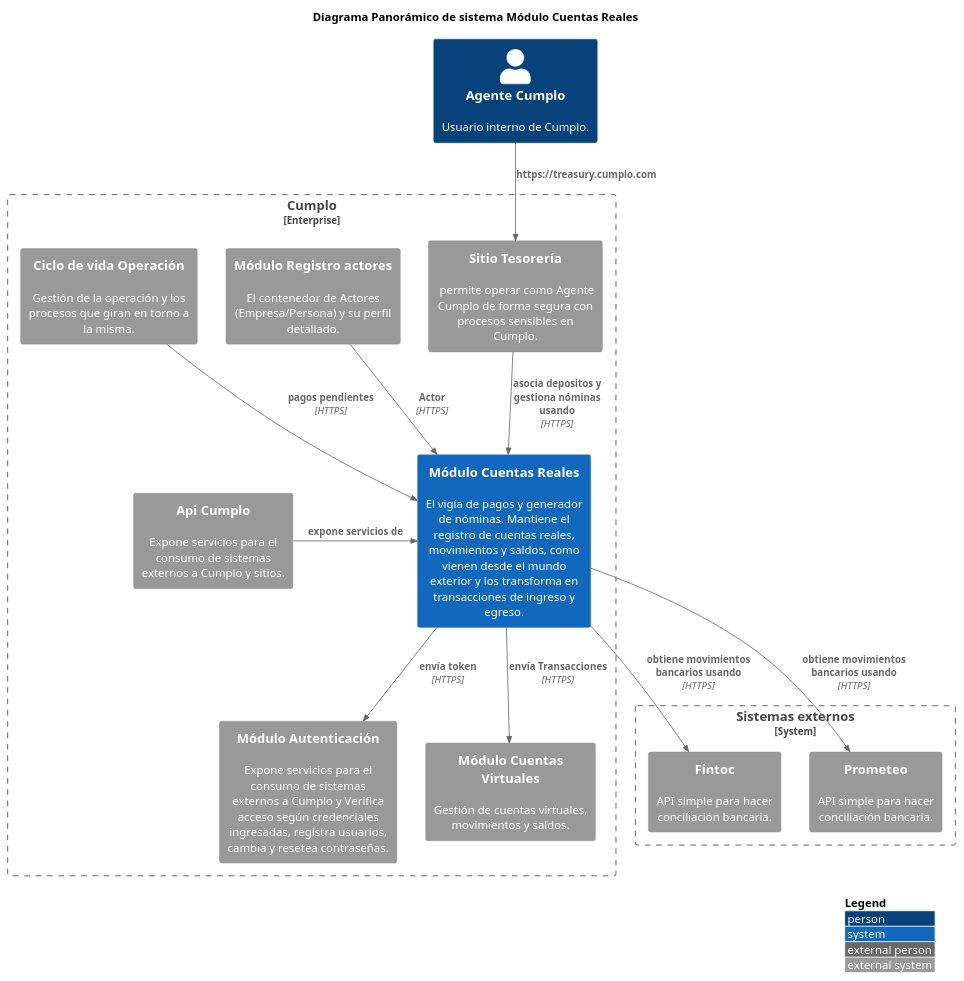
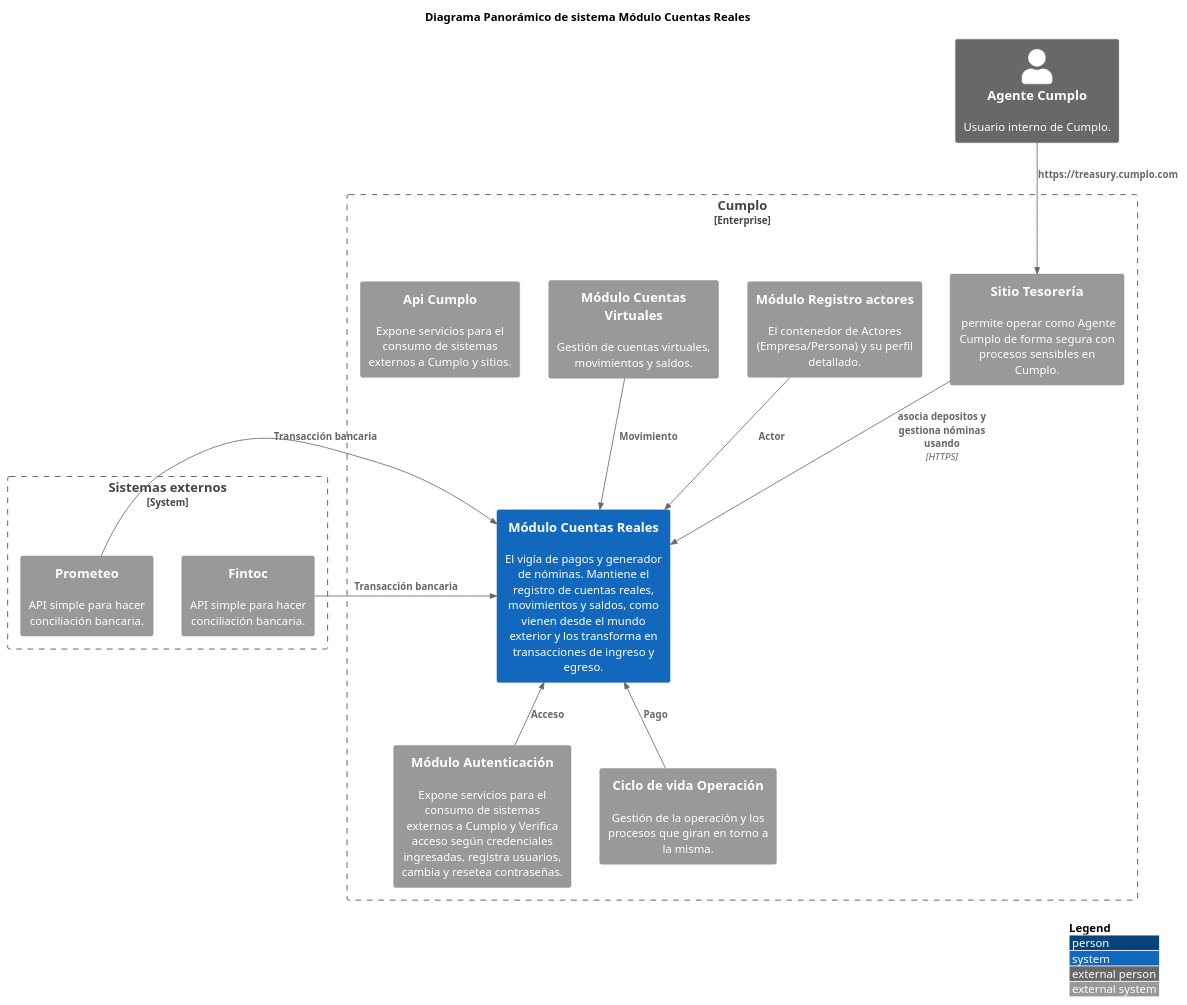
Before and after one commit to kpeet/koyweC4: the diagram in CuentasReales/ContextoPanoramicoCuentasReales.puml, drawn with PlantUML. The commit also changed 1 other file, not shown here.

Commit message:
ajuste modelos de cuentas reales

```diff
--- a/CuentasReales/ContextoPanoramicoCuentasReales.puml
+++ b/CuentasReales/ContextoPanoramicoCuentasReales.puml
@@ -1,59 +1,54 @@
-@startuml
+@startuml ContextoPanoramicoCuentasReales
 !include https://raw.githubusercontent.com/plantuml-stdlib/C4-PlantUML/master/C4_Context.puml
 ' uncomment the following line and comment the first to use locally
 ' !include C4_Context.puml
 
 'LAYOUT_TOP_DOWN()
 'LAYOUT_AS_SKETCH()
 LAYOUT_WITH_LEGEND()
 
 title Diagrama Panorámico de sistema Módulo Cuentas Reales
 
-Person(agente_cumplo, "Agente Cumplo", "Usuario interno de Cumplo.")
+Person_Ext(agente_cumplo, "Agente Cumplo", "Usuario interno de Cumplo.")
 Enterprise_Boundary(c0, "Cumplo") {
     System_Ext(s_tesoreria, "Sitio Tesorería", " permite operar como Agente Cumplo de forma segura con procesos sensibles en Cumplo.")
     System( modulo_cuentas_reales, "Módulo Cuentas Reales", "El vigía de pagos y generador de nóminas. Mantiene el registro de cuentas reales, movimientos y saldos, como vienen desde el mundo exterior y los transforma en transacciones de ingreso y egreso.")
     System_Ext(modulo_autenticacion, "Módulo Autenticación", "Expone servicios para el consumo de sistemas externos a Cumplo y Verifica acceso según credenciales ingresadas, registra usuarios, cambia y resetea contraseñas.")
     System_Ext(modulo_registro_actores, "Módulo Registro actores", "El contenedor de Actores (Empresa/Persona) y su perfil detallado.")
     System_Ext(modulo_cuentas_virtuales, "Módulo Cuentas Virtuales", "Gestión de cuentas virtuales, movimientos y saldos.")
     System_Ext(modulo_operaciones, "Ciclo de vida Operación", "Gestión de la operación y los procesos que giran en torno a la misma.")
     System_Ext(modulo_api_cumplo, "Api Cumplo", "Expone servicios para el consumo de sistemas externos a Cumplo y sitios.")
 
 }
 System_Boundary(sistemas_externos, "Sistemas externos"){
     System_Ext(fintoc, "Fintoc", "API simple para hacer conciliación bancaria.")
     System_Ext(prometeo, "Prometeo", "API simple para hacer conciliación bancaria.")
 
 }
 
 
 
 'RELACIONES DE SISTEMA
 'Relaciones sistema/módulos
+Rel(modulo_registro_actores, modulo_cuentas_reales, "Actor")
+Rel(modulo_cuentas_virtuales, modulo_cuentas_reales, "Movimiento")
+Rel_U(modulo_operaciones, modulo_cuentas_reales, "Pago")
+Rel_U(modulo_autenticacion, modulo_cuentas_reales, "Acceso")
 
-Rel(modulo_registro_actores, modulo_cuentas_reales, "Actor", "HTTPS")
-Rel(modulo_cuentas_reales, modulo_cuentas_virtuales, "envía Transacciones", "HTTPS")
-Rel(modulo_operaciones, modulo_cuentas_reales, "pagos pendientes", "HTTPS")
-Rel(modulo_cuentas_reales, modulo_autenticacion, "envía token", "HTTPS")
-Rel_R(modulo_api_cumplo, modulo_cuentas_reales, "expone servicios de")
 
 'Relaciones usuarios/sitios
  
  Rel(agente_cumplo, s_tesoreria, "https://treasury.cumplo.com",)
 
 
 'Relaciones sitios/módulos
 
 Rel(s_tesoreria,modulo_cuentas_reales, "asocia depositos y gestiona nóminas usando", "HTTPS")
 
 
 'Relaciones módulos/sistemas externos
-Rel( modulo_cuentas_reales,fintoc, "obtiene movimientos bancarios usando", "HTTPS")
-Rel( modulo_cuentas_reales,prometeo, "obtiene movimientos bancarios usando", "HTTPS")
+Rel_R( fintoc, modulo_cuentas_reales, "Transacción bancaria")
+Rel_R( prometeo, modulo_cuentas_reales, "Transacción bancaria")
 
 
-'Lay_D(atm, banking_system)
-
-'Lay_D(atm, customer)
-'Lay_U(mail_system, customer)
 @enduml
```
